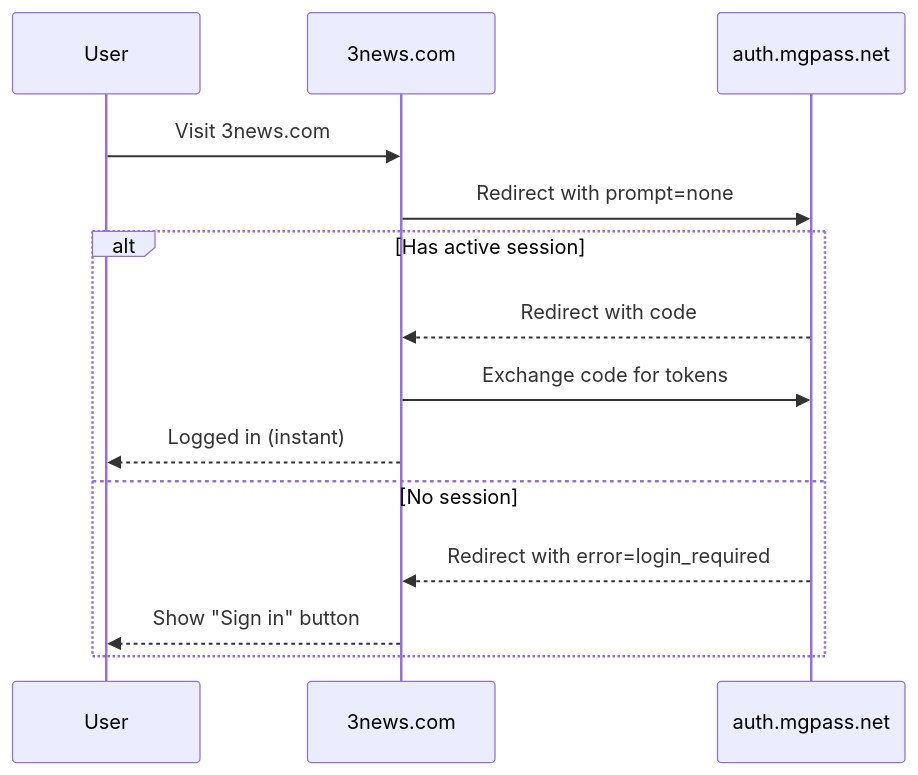
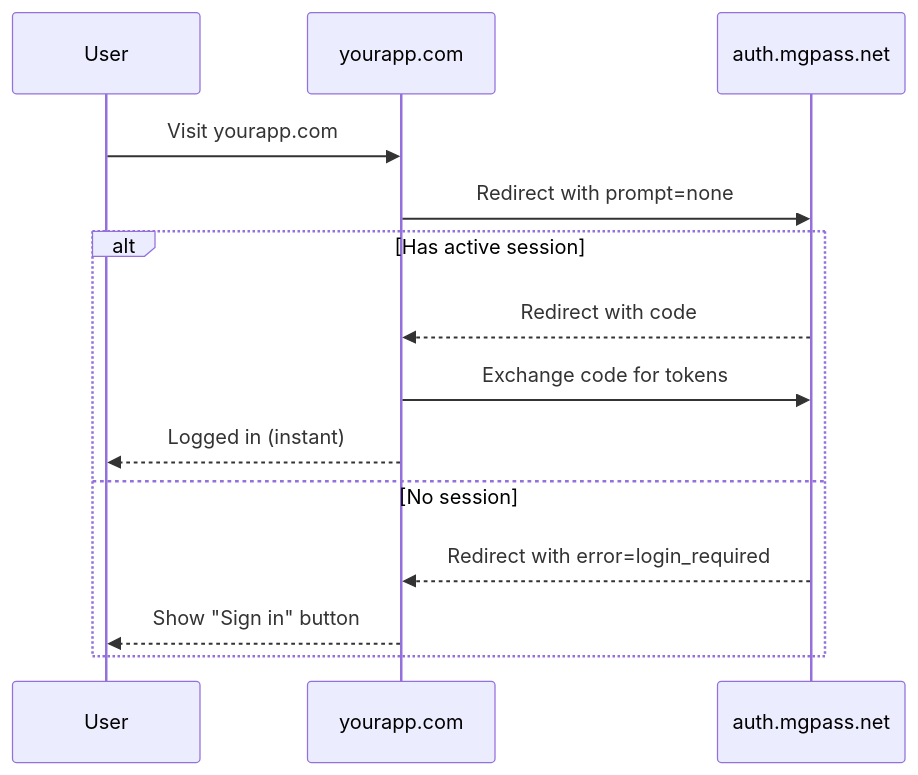
One commit to mgdmdev/docs changed the second of 3 diagrams in guides/sso.mdx. Above: the diagram before and after it, drawn with Mermaid. The commit also changed other lines of this file and 23 other files, not shown here.

````diff
--- a/guides/sso.mdx
+++ b/guides/sso.mdx
@@ -198,17 +198,17 @@
 ```mermaid
 sequenceDiagram
     participant User
-    participant App as 3news.com
+    participant App as yourapp.com
     participant Auth as auth.mgpass.net
 
-    User->>App: Visit 3news.com
+    User->>App: Visit yourapp.com
     App->>Auth: Redirect with prompt=none
     alt Has active session
         Auth-->>App: Redirect with code
         App->>Auth: Exchange code for tokens
         App-->>User: Logged in (instant)
     else No session
         Auth-->>App: Redirect with error=login_required
         App-->>User: Show "Sign in" button
     end
 ```
````
